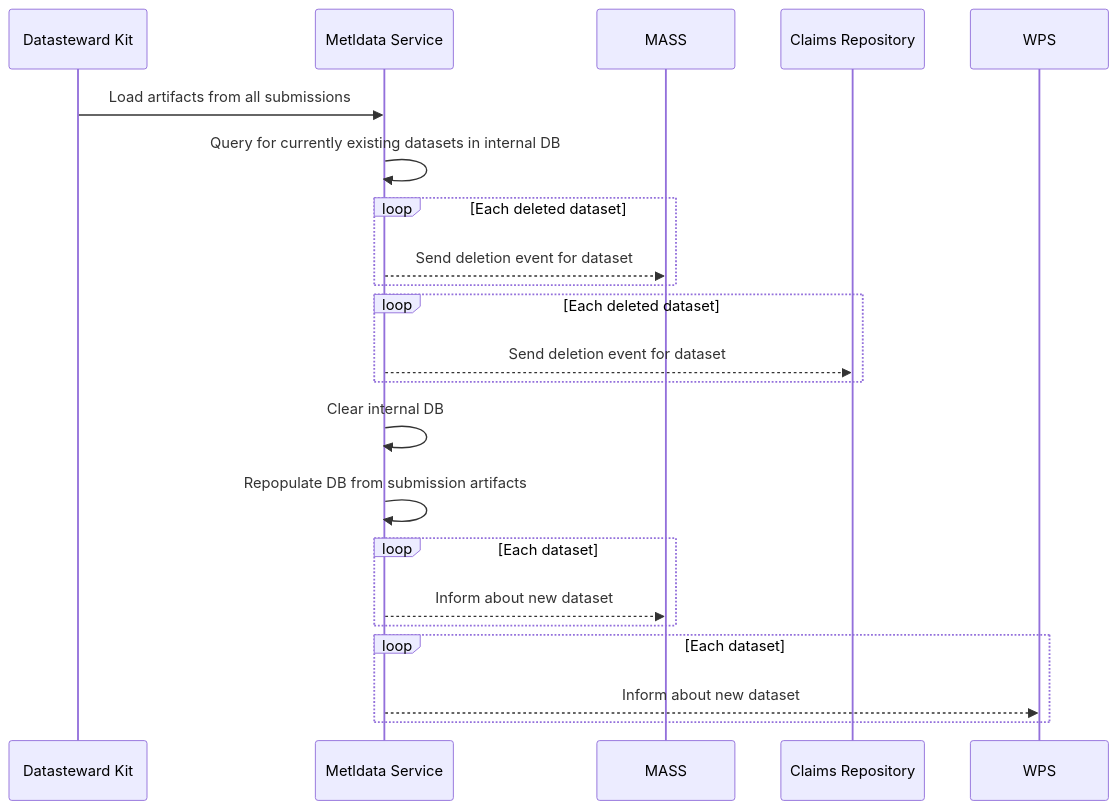
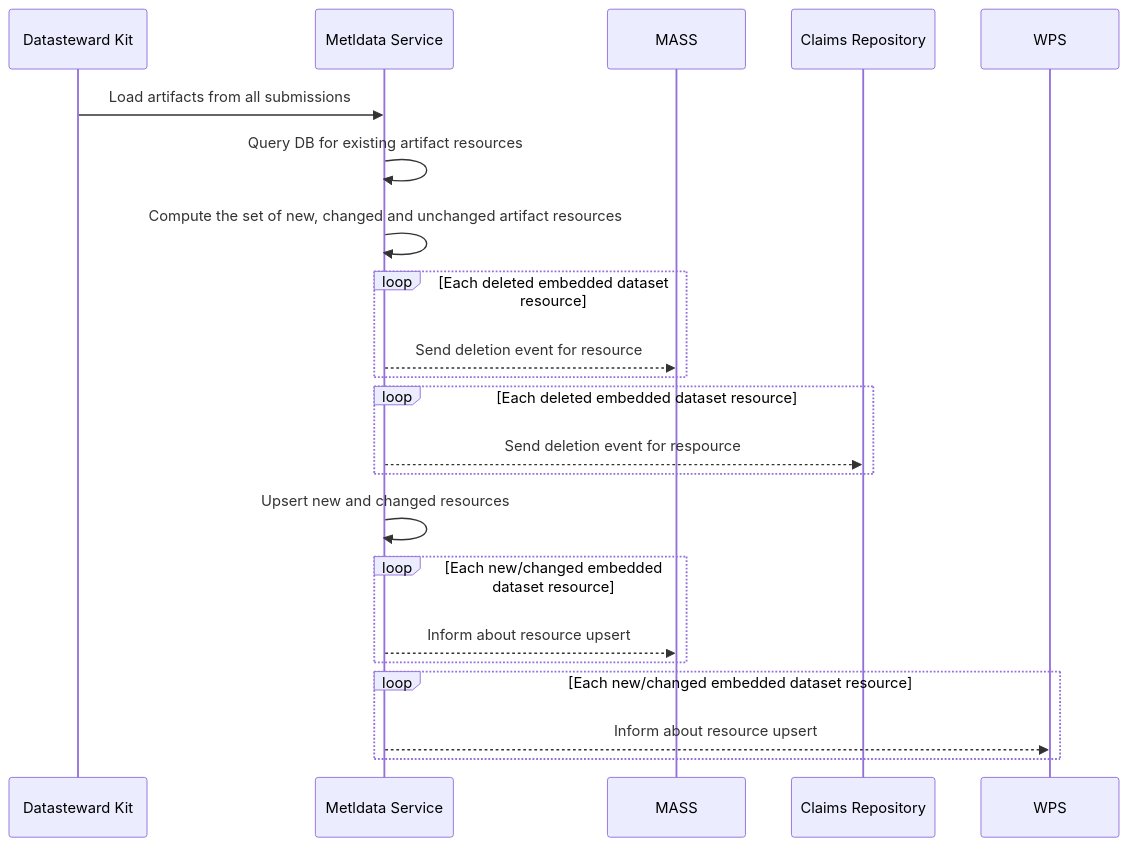
One commit to ghga-de/milestones-docs changed the diagram in 38-tokay-gecko/technical_specification.md. Above: the diagram before and after it, drawn with Mermaid. The commit also changed other lines of this file, not shown here.

Commit message:
Updated tokay gecko spec

````diff
--- a/38-tokay-gecko/technical_specification.md
+++ b/38-tokay-gecko/technical_specification.md
@@ -35,30 +37,30 @@
 ```mermaid
 sequenceDiagram
   participant Kit as Datasteward Kit
   participant API as Metldata Service
   participant MASS
   participant claims as Claims Repository
   participant WPS
 
   Kit ->> API: Load artifacts from all submissions
-  API ->> API: Query for currently existing datasets in internal DB
+  API ->> API: Query DB for existing artifact resources
+  API ->> API: Compute the set of new, changed and unchanged artifact resources
 
-  loop Each deleted dataset
-  API -->> MASS: Send deletion event for dataset
+  loop Each deleted embedded dataset resource
+  API -->> MASS: Send deletion event for resource
   end
 
-  loop Each deleted dataset
-  API -->> claims: Send deletion event for dataset
+  loop Each deleted embedded dataset resource
+  API -->> claims: Send deletion event for respource
   end
 
-  API ->> API: Clear internal DB
-  API ->> API: Repopulate DB from submission artifacts
+  API ->> API: Upsert new and changed resources
 
-  loop Each dataset
-  API -->> MASS: Inform about new dataset
+  loop Each new/changed embedded dataset resource
+  API -->> MASS: Inform about resource upsert
   end
 
-  loop Each dataset
-  API -->> WPS: Inform about new dataset
+  loop Each new/changed embedded dataset resource
+  API -->> WPS: Inform about resource upsert
   end
 ```
````
